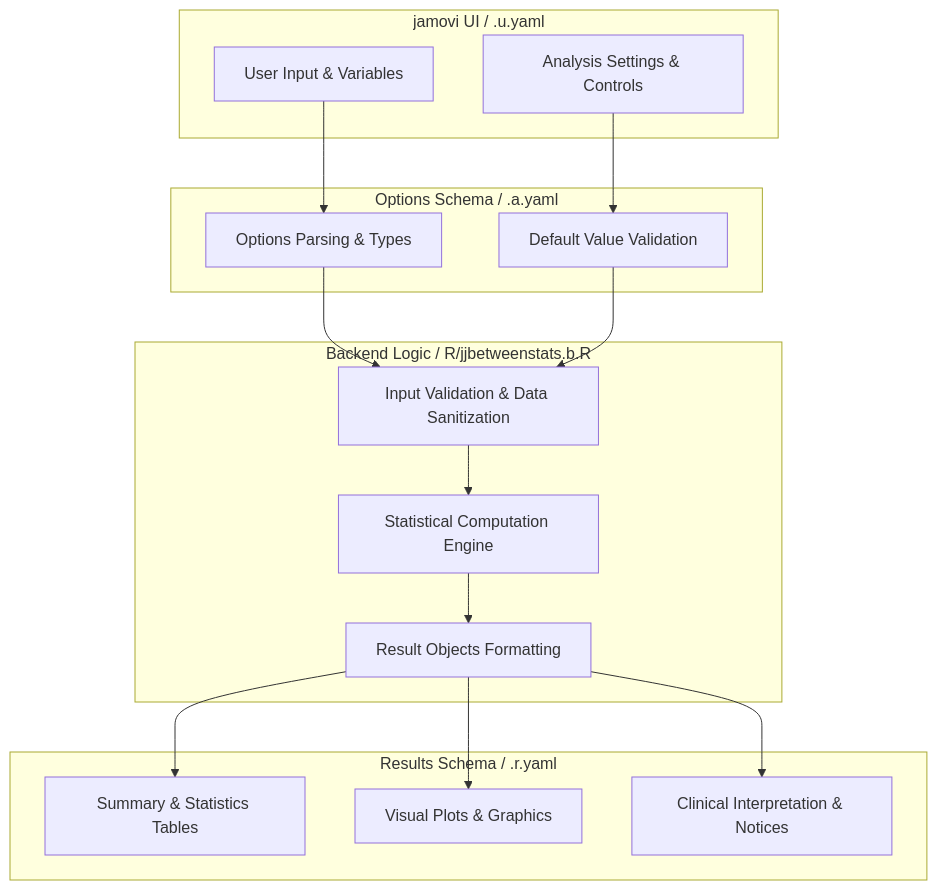
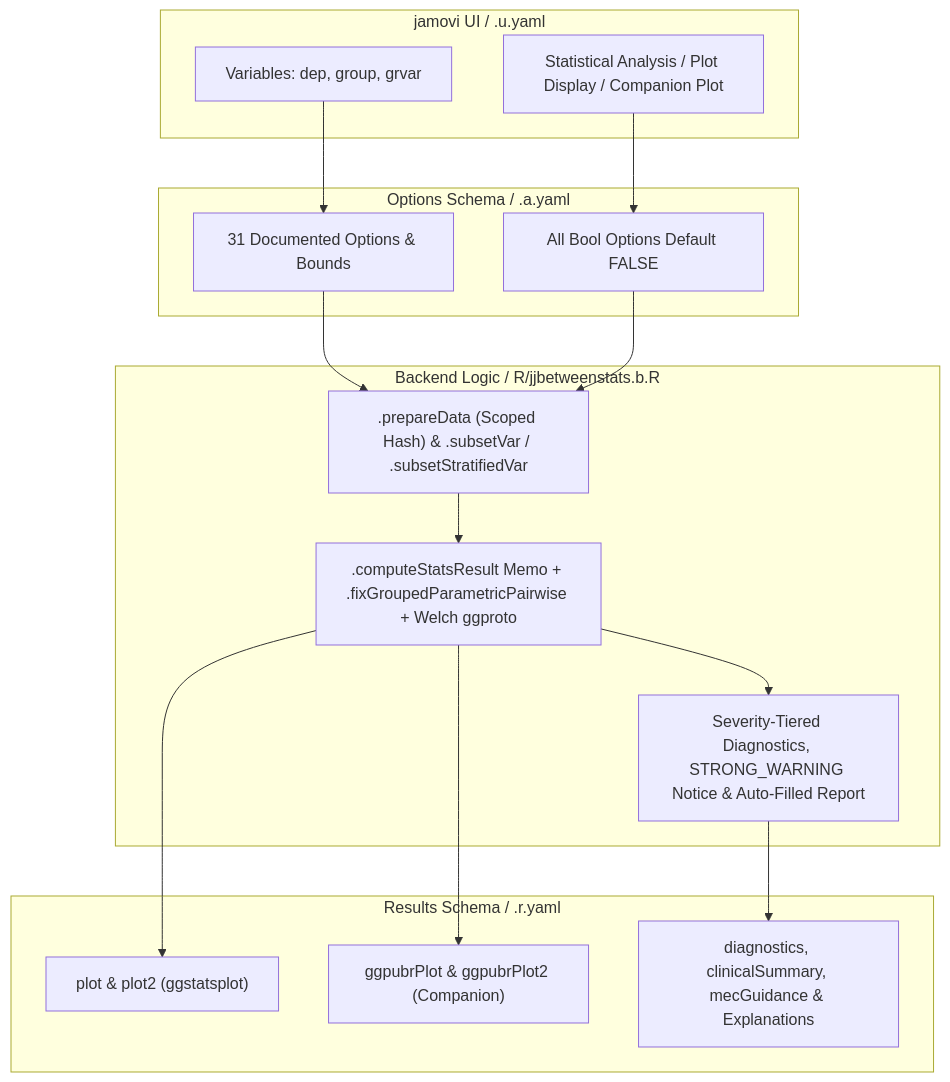
One commit to sbalci/ClinicoPathJamoviModule changed the first of 2 diagrams in vignettes/jjbetweenstats-documentation.md. Above: the diagram before and after it, drawn with Mermaid. The commit also changed other lines of this file and 34 other files, not shown here.

````diff
--- a/vignettes/jjbetweenstats-documentation.md
+++ b/vignettes/jjbetweenstats-documentation.md
@@ -75,34 +78,34 @@
 ```mermaid
 flowchart TD
-  subgraph UI[jamovi UI / .u.yaml]
-    U1[User Input & Variables]
-    U2[Analysis Settings & Controls]
+  subgraph UI["jamovi UI / .u.yaml"]
+    U1["Variables: dep, group, grvar"]
+    U2["Statistical Analysis / Plot Display / Companion Plot"]
   end
 
-  subgraph Opts[Options Schema / .a.yaml]
-    O1[Options Parsing & Types]
-    O2[Default Value Validation]
+  subgraph Opts["Options Schema / .a.yaml"]
+    O1["31 Documented Options & Bounds"]
+    O2["All Bool Options Default FALSE"]
   end
 
-  subgraph Backend[Backend Logic / R/jjbetweenstats.b.R]
-    B1[Input Validation & Data Sanitization]
-    B2[Statistical Computation Engine]
-    B3[Result Objects Formatting]
+  subgraph Backend["Backend Logic / R/jjbetweenstats.b.R"]
+    B1[".prepareData (Scoped Hash) & .subsetVar / .subsetStratifiedVar"]
+    B2[".computeStatsResult Memo + .fixGroupedParametricPairwise + Welch ggproto"]
+    B3["Severity-Tiered Diagnostics, STRONG_WARNING Notice & Auto-Filled Report"]
   end
 
-  subgraph Res[Results Schema / .r.yaml]
-    R1[Summary & Statistics Tables]
-    R2[Visual Plots & Graphics]
-    R3[Clinical Interpretation & Notices]
+  subgraph Res["Results Schema / .r.yaml"]
+    R1["plot & plot2 (ggstatsplot)"]
+    R2["ggpubrPlot & ggpubrPlot2 (Companion)"]
+    R3["diagnostics, clinicalSummary, mecGuidance & Explanations"]
   end
 
   U1 --> O1
   U2 --> O2
   O1 --> B1
   O2 --> B1
   B1 --> B2
   B2 --> B3
-  B3 --> R1
-  B3 --> R2
+  B2 --> R1
+  B2 --> R2
   B3 --> R3
 ```
````
